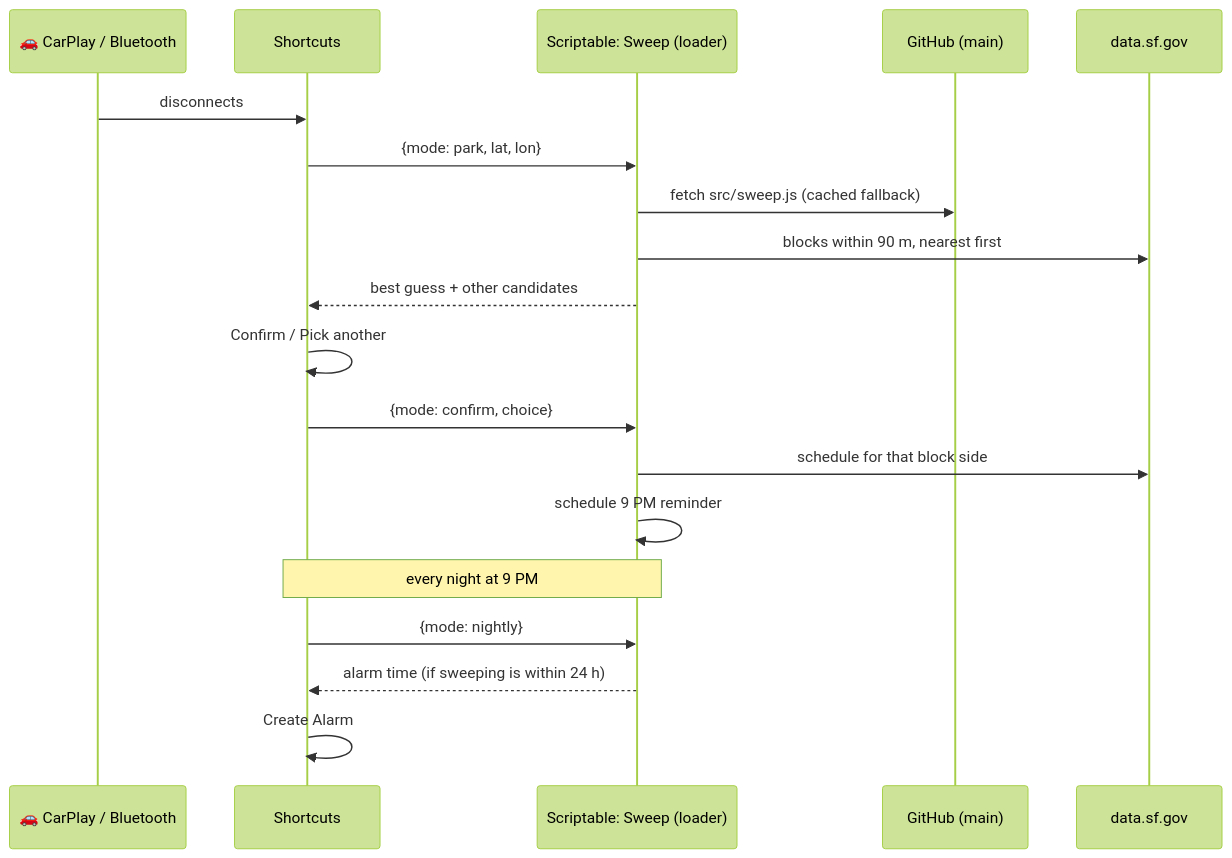
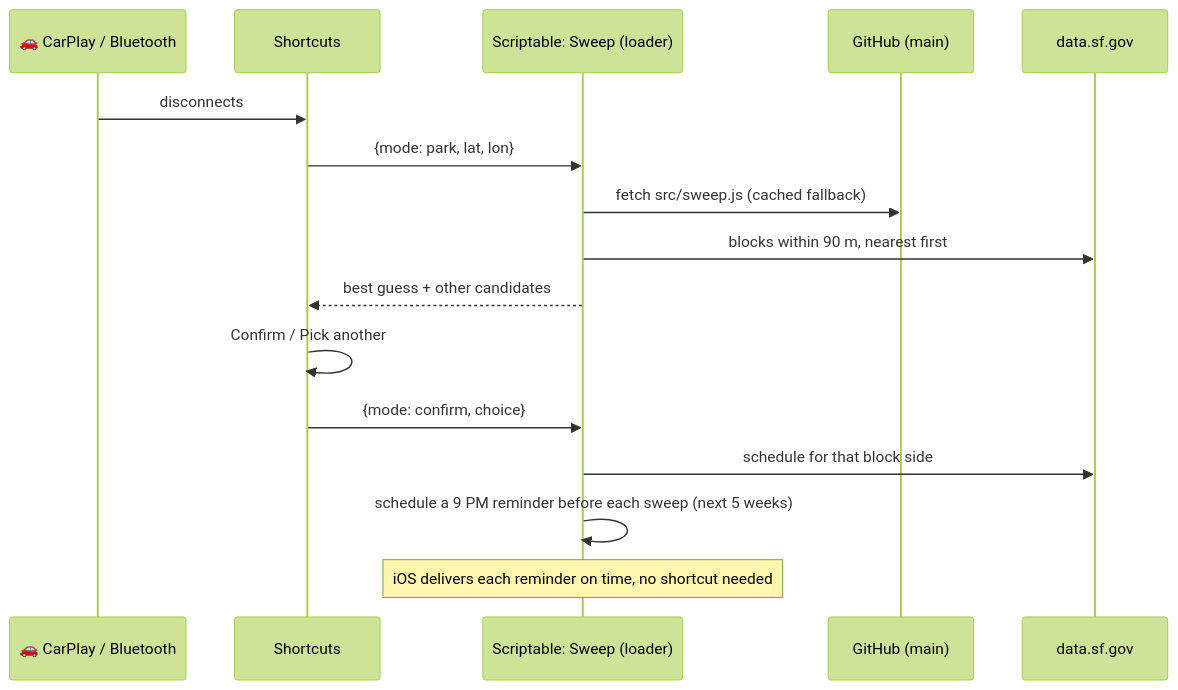
Before and after one commit to tclare/sf-street-sweeper: the diagram in README.md, drawn with Mermaid (forest theme). The commit also changed other lines of this file and 5 other files, not shown here.

First line of the commit message:
Drop alarms and the nightly check; schedule every reminder up front

````diff
--- a/README.md
+++ b/README.md
@@ -17,22 +16,19 @@
 ```mermaid
 sequenceDiagram
     participant Car as 🚗 CarPlay / Bluetooth
     participant SC as Shortcuts
     participant L as Scriptable: Sweep (loader)
     participant GH as GitHub (main)
     participant SF as data.sf.gov
 
     Car->>SC: disconnects
     SC->>L: {mode: park, lat, lon}
     L->>GH: fetch src/sweep.js (cached fallback)
     L->>SF: blocks within 90 m, nearest first
     L-->>SC: best guess + other candidates
     SC->>SC: Confirm / Pick another
     SC->>L: {mode: confirm, choice}
     L->>SF: schedule for that block side
-    L->>L: schedule 9 PM reminder
-    Note over SC,L: every night at 9 PM
-    SC->>L: {mode: nightly}
-    L-->>SC: alarm time (if sweeping is within 24 h)
-    SC->>SC: Create Alarm
+    L->>L: schedule a 9 PM reminder before each sweep (next 5 weeks)
+    Note over L: iOS delivers each reminder on time, no shortcut needed
 ```
````
